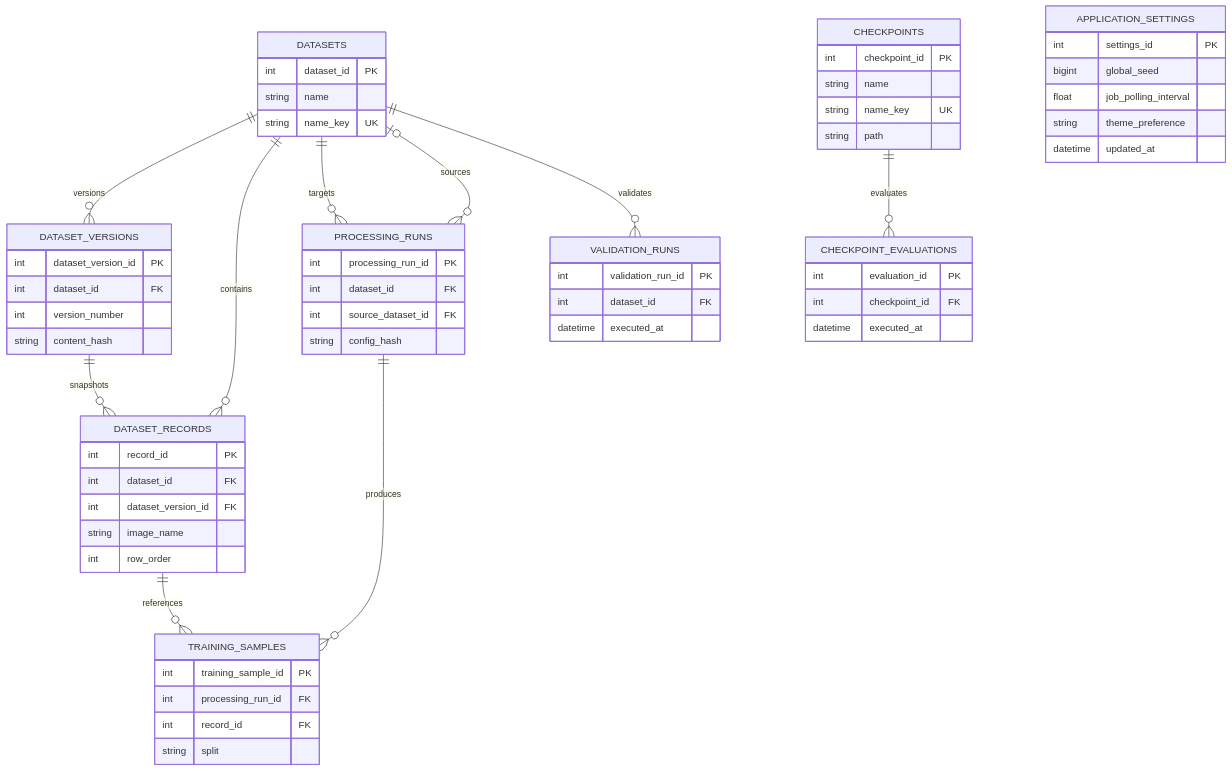
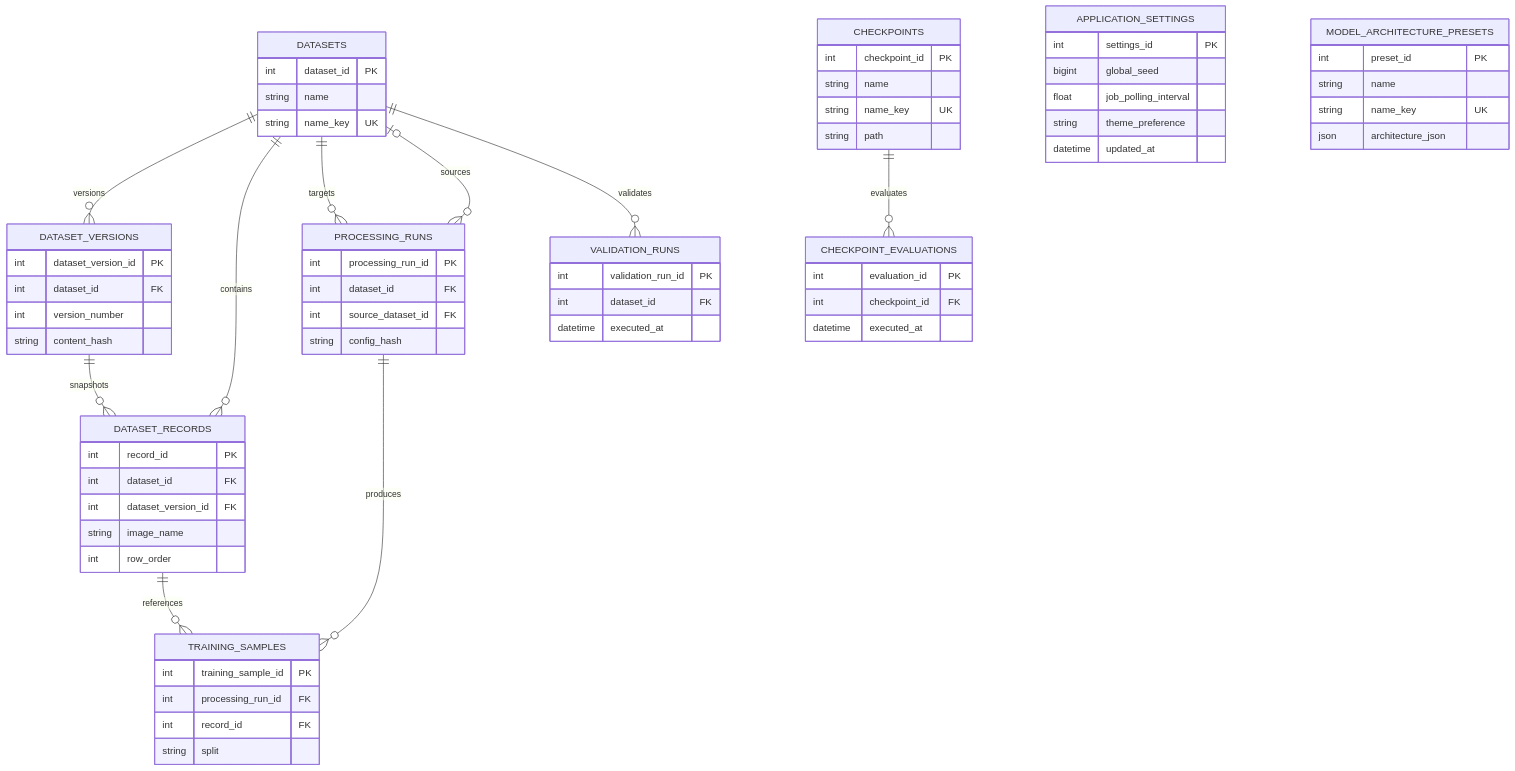
One commit to CTCycle/XREPORT-radiological-reports-generator changed the first of 2 diagrams in assets/docs/architecture/persistence.md. Above: the diagram before and after it, drawn with Mermaid. The commit also changed other lines of this file and 5 other files, not shown here.

Commit message:
docs: document the Model page, architecture presets and validation evidence

````diff
--- a/assets/docs/architecture/persistence.md
+++ b/assets/docs/architecture/persistence.md
@@ -127,66 +127,72 @@
 ```mermaid
 erDiagram
     DATASETS {
         int dataset_id PK
         string name
         string name_key UK
     }
     DATASET_VERSIONS {
         int dataset_version_id PK
         int dataset_id FK
         int version_number
         string content_hash
     }
     DATASET_RECORDS {
         int record_id PK
         int dataset_id FK
         int dataset_version_id FK
         string image_name
         int row_order
     }
     PROCESSING_RUNS {
         int processing_run_id PK
         int dataset_id FK
         int source_dataset_id FK
         string config_hash
     }
     TRAINING_SAMPLES {
         int training_sample_id PK
         int processing_run_id FK
         int record_id FK
         string split
     }
     VALIDATION_RUNS {
         int validation_run_id PK
         int dataset_id FK
         datetime executed_at
     }
     CHECKPOINTS {
         int checkpoint_id PK
         string name
         string name_key UK
         string path
     }
     CHECKPOINT_EVALUATIONS {
         int evaluation_id PK
         int checkpoint_id FK
         datetime executed_at
     }
     APPLICATION_SETTINGS {
         int settings_id PK
         bigint global_seed
         float job_polling_interval
         string theme_preference
         datetime updated_at
     }
 
     DATASETS ||--o{ DATASET_VERSIONS : versions
     DATASETS ||--o{ DATASET_RECORDS : contains
     DATASET_VERSIONS ||--o{ DATASET_RECORDS : snapshots
     DATASETS ||--o{ PROCESSING_RUNS : targets
     DATASETS o|--o{ PROCESSING_RUNS : sources
     PROCESSING_RUNS ||--o{ TRAINING_SAMPLES : produces
     DATASET_RECORDS ||--o{ TRAINING_SAMPLES : references
     DATASETS ||--o{ VALIDATION_RUNS : validates
     CHECKPOINTS ||--o{ CHECKPOINT_EVALUATIONS : evaluates
+    MODEL_ARCHITECTURE_PRESETS {
+        int preset_id PK
+        string name
+        string name_key UK
+        json architecture_json
+    }
 ```
````
